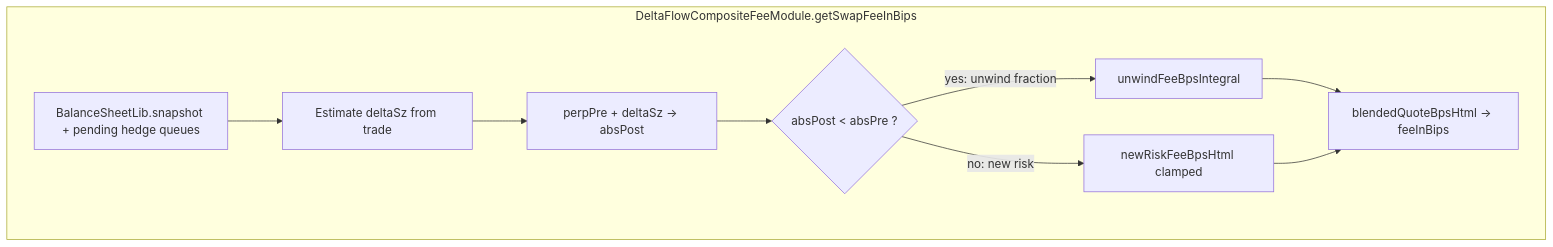
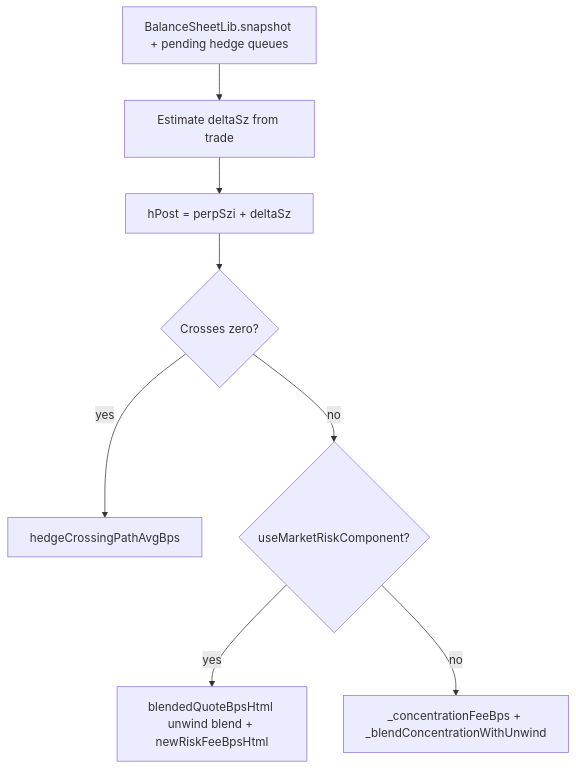
The fifth of 8 diagrams in docs/architecture/current-implementation.md (NotKrystian/DeltaFlow), drawn with Mermaid before and after one commit. The commit also changed other lines of this file and 9 other files, not shown here.

First line of the commit message:
docs: hedge path-integral fees, fee-only upgrade; sync WETH upgrade broadcast

````diff
--- a/docs/architecture/current-implementation.md
+++ b/docs/architecture/current-implementation.md
@@ -70,16 +121,16 @@
 ```mermaid
 flowchart TB
-  subgraph composite[DeltaFlowCompositeFeeModule.getSwapFeeInBips]
-    S[BalanceSheetLib.snapshot + pending hedge queues]
-    D[Estimate deltaSz from trade]
-    P[perpPre + deltaSz → absPost]
-    Q{absPost < absPre ?}
-    S --> D
-    D --> P
-    P --> Q
-    Q -->|yes: unwind fraction| U[unwindFeeBpsIntegral]
-    Q -->|no: new risk| N[newRiskFeeBpsHtml clamped]
-    U --> B[blendedQuoteBpsHtml → feeInBips]
-    N --> B
-  end
+  S[BalanceSheetLib.snapshot + pending hedge queues]
+  D[Estimate deltaSz from trade]
+  P[hPost = perpSzi + deltaSz]
+  C{Crosses zero?}
+  X[hedgeCrossingPathAvgBps]
+  M{useMarketRiskComponent?}
+  B[blendedQuoteBpsHtml unwind blend + newRiskFeeBpsHtml]
+  K[_concentrationFeeBps + _blendConcentrationWithUnwind]
+  S --> D --> P --> C
+  C -->|yes| X
+  C -->|no| M
+  M -->|yes| B
+  M -->|no| K
 ```
````
